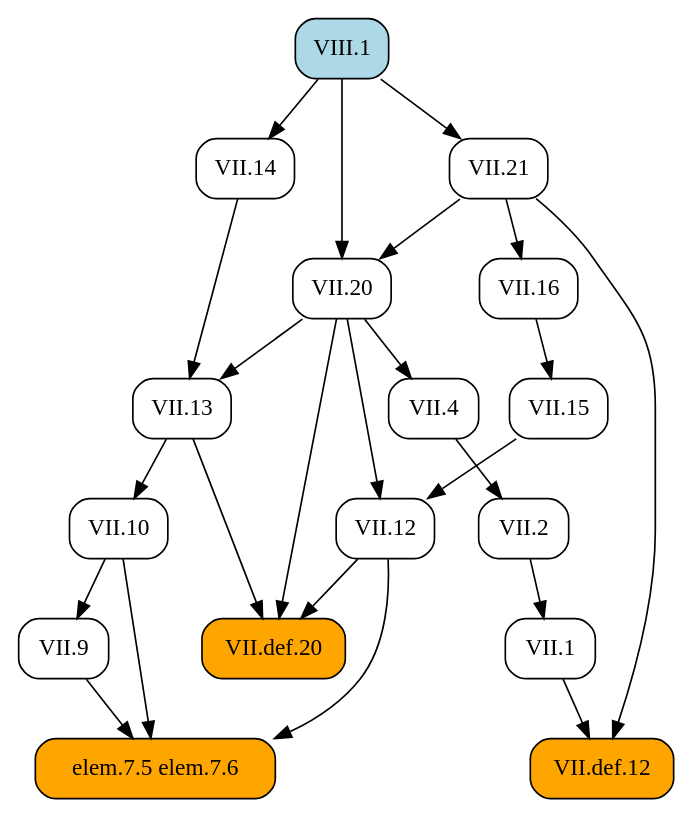
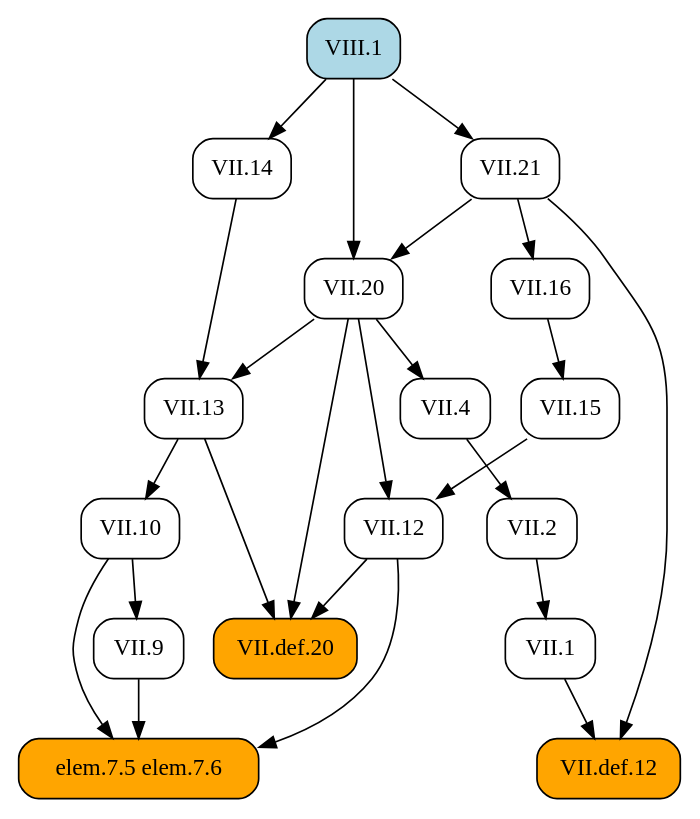
The diagram in docsrc/heath/VIII/1/index.rst (geometor/elements), drawn with Graphviz before and after one commit. The commit also changed other lines of this file and 484 other files, not shown here.

```diff
--- a/docsrc/heath/VIII/1/index.rst
+++ b/docsrc/heath/VIII/1/index.rst
@@ -42,45 +42,45 @@
 .. graphviz::
 
    digraph {
      rankdir="TB";
      node [shape=box, style=rounded];
+     "VII.13" [URL="/heath/VII/13/", target="_top"];
+     "VII.12" [URL="/heath/VII/12/", target="_top"];
+     "VII.4" [URL="/heath/VII/4/", target="_top"];
+     "VII.def.12" [style="rounded,filled", fillcolor=orange, URL="/heath/VII/def.12/", target="_top"];
      "elem.7.5 elem.7.6" [style="rounded,filled", fillcolor=orange];
-     "VII.20" [URL="/heath/VII/20/", target="_top"];
-     "VII.def.12" [style="rounded,filled", fillcolor=orange, URL="/heath/VII/def.12/", target="_top"];
+     "VII.14" [URL="/heath/VII/14/", target="_top"];
+     "VII.9" [URL="/heath/VII/9/", target="_top"];
      "VII.1" [URL="/heath/VII/1/", target="_top"];
-     "VII.14" [URL="/heath/VII/14/", target="_top"];
-     "VII.10" [URL="/heath/VII/10/", target="_top"];
-     "VII.9" [URL="/heath/VII/9/", target="_top"];
-     "VII.13" [URL="/heath/VII/13/", target="_top"];
-     "VII.2" [URL="/heath/VII/2/", target="_top"];
      "VIII.1" [style="rounded,filled", fillcolor=lightblue, URL="/heath/VIII/1/", target="_top"];
      "VII.16" [URL="/heath/VII/16/", target="_top"];
-     "VII.12" [URL="/heath/VII/12/", target="_top"];
-     "VII.4" [URL="/heath/VII/4/", target="_top"];
+     "VII.21" [URL="/heath/VII/21/", target="_top"];
+     "VII.20" [URL="/heath/VII/20/", target="_top"];
+     "VII.2" [URL="/heath/VII/2/", target="_top"];
+     "VII.def.20" [style="rounded,filled", fillcolor=orange, URL="/heath/VII/def.20/", target="_top"];
      "VII.15" [URL="/heath/VII/15/", target="_top"];
-     "VII.21" [URL="/heath/VII/21/", target="_top"];
-     "VII.def.20" [style="rounded,filled", fillcolor=orange, URL="/heath/VII/def.20/", target="_top"];
+     "VII.10" [URL="/heath/VII/10/", target="_top"];
+     "VII.14" -> "VII.13";
+     "VII.20" -> "VII.13";
+     "VII.15" -> "VII.12";
+     "VII.20" -> "VII.12";
+     "VII.20" -> "VII.4";
+     "VII.1" -> "VII.def.12";
+     "VII.21" -> "VII.def.12";
      "VII.9" -> "elem.7.5 elem.7.6";
      "VII.10" -> "elem.7.5 elem.7.6";
      "VII.12" -> "elem.7.5 elem.7.6";
+     "VIII.1" -> "VII.14";
+     "VII.10" -> "VII.9";
+     "VII.2" -> "VII.1";
+     "VII.21" -> "VII.16";
+     "VIII.1" -> "VII.21";
      "VII.21" -> "VII.20";
      "VIII.1" -> "VII.20";
-     "VII.1" -> "VII.def.12";
-     "VII.21" -> "VII.def.12";
-     "VII.2" -> "VII.1";
-     "VIII.1" -> "VII.14";
-     "VII.13" -> "VII.10";
-     "VII.10" -> "VII.9";
-     "VII.14" -> "VII.13";
-     "VII.20" -> "VII.13";
      "VII.4" -> "VII.2";
-     "VII.21" -> "VII.16";
-     "VII.15" -> "VII.12";
-     "VII.20" -> "VII.12";
-     "VII.20" -> "VII.4";
-     "VII.16" -> "VII.15";
-     "VIII.1" -> "VII.21";
      "VII.12" -> "VII.def.20";
      "VII.13" -> "VII.def.20";
      "VII.20" -> "VII.def.20";
+     "VII.16" -> "VII.15";
+     "VII.13" -> "VII.10";
    }
```
